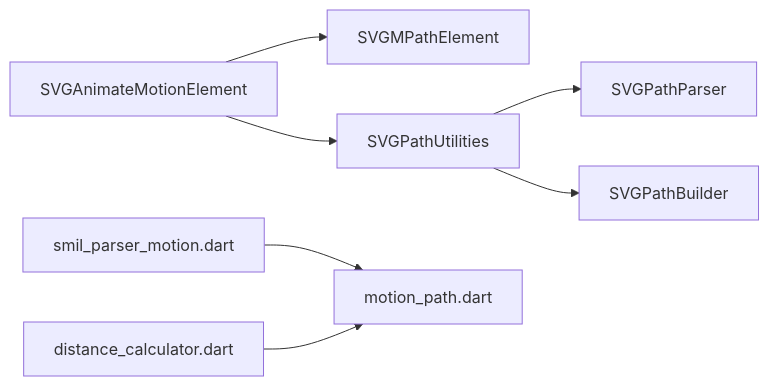
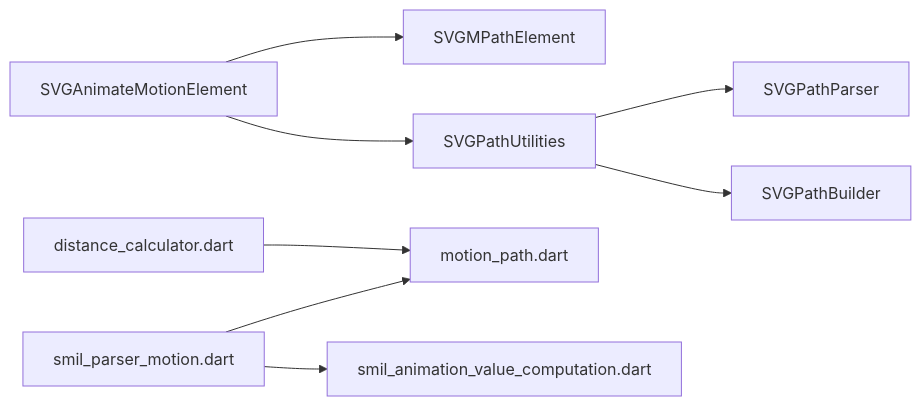
The seventh of 7 diagrams in .qoder/repowiki/en/content/Animated SVG Support/SMIL Animation Specification/SMIL Motion Animation.md (denisnadey/flutter_full_svg_support), drawn with Mermaid before and after one commit. The commit also changed other lines of this file and 5 other files, not shown here.

First line of the commit message:
feat(animation): enhance gradient stop-color animation and SMIL motion transform handling

````diff
--- a/.qoder/repowiki/en/content/Animated SVG Support/SMIL Animation Specification/SMIL Motion Animation.md
+++ b/.qoder/repowiki/en/content/Animated SVG Support/SMIL Animation Specification/SMIL Motion Animation.md
@@ -324,9 +353,10 @@
 ```mermaid
 graph LR
 AM["SVGAnimateMotionElement"] --> MP["SVGMPathElement"]
 AM --> PU["SVGPathUtilities"]
 PU --> PP["SVGPathParser"]
 PU --> PB["SVGPathBuilder"]
 DParser["smil_parser_motion.dart"] --> DPath["motion_path.dart"]
+DParser --> DComp["smil_animation_value_computation.dart"]
 DDist["distance_calculator.dart"] --> DPath
 ```
````
